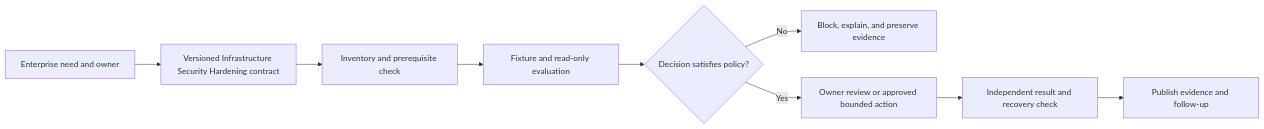
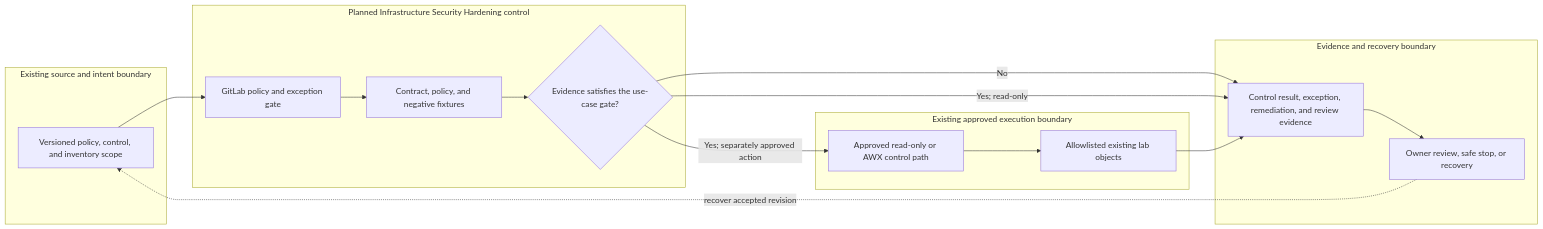
Before and after one commit to MIDHTECH/enterprise-architecture-docs: the diagram in docs/use-cases/governance/UC-GOV-007-infrastructure-security-hardening.md, drawn with Mermaid. The commit also changed other lines of this file and 227 other files, not shown here.

Commit message:
Deepen architecture for all use case designs

````diff
--- a/docs/use-cases/governance/UC-GOV-007-infrastructure-security-hardening.md
+++ b/docs/use-cases/governance/UC-GOV-007-infrastructure-security-hardening.md
@@ -136,11 +129,25 @@
 ```mermaid
 flowchart LR
-    Need["Enterprise need and owner"] --> Contract["Versioned Infrastructure Security Hardening contract"]
-    Contract --> Preflight["Inventory and prerequisite check"]
-    Preflight --> Evaluate["Fixture and read-only evaluation"]
-    Evaluate --> Decision{"Decision satisfies policy?"}
-    Decision -->|No| Stop["Block, explain, and preserve evidence"]
-    Decision -->|Yes| Review["Owner review or approved bounded action"]
-    Review --> Verify["Independent result and recovery check"]
-    Verify --> Publish["Publish evidence and follow-up"]
+    subgraph Source["Existing source and intent boundary"]
+        A["Versioned policy, control, and inventory scope"]
+    end
+    subgraph Planned["Planned Infrastructure Security Hardening control"]
+        B["GitLab policy and exception gate"]
+        C["Contract, policy, and negative fixtures"]
+        D{"Evidence satisfies the use-case gate?"}
+    end
+    subgraph Runtime["Existing approved execution boundary"]
+        E["Approved read-only or AWX control path"]
+        F["Allowlisted existing lab objects"]
+    end
+    subgraph Assurance["Evidence and recovery boundary"]
+        G["Control result, exception, remediation, and review evidence"]
+        H["Owner review, safe stop, or recovery"]
+    end
+
+    A --> B --> C --> D
+    D -->|No| G --> H
+    D -->|Yes; read-only| G
+    D -->|Yes; separately approved action| E --> F --> G
+    H -. recover accepted revision .-> A
 ```
````
